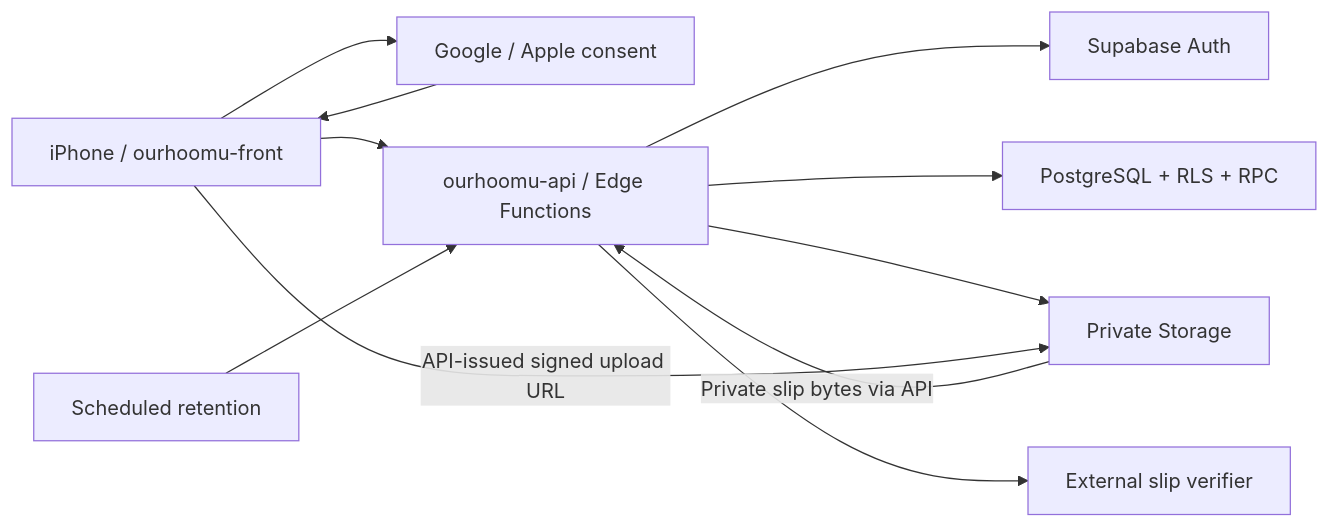
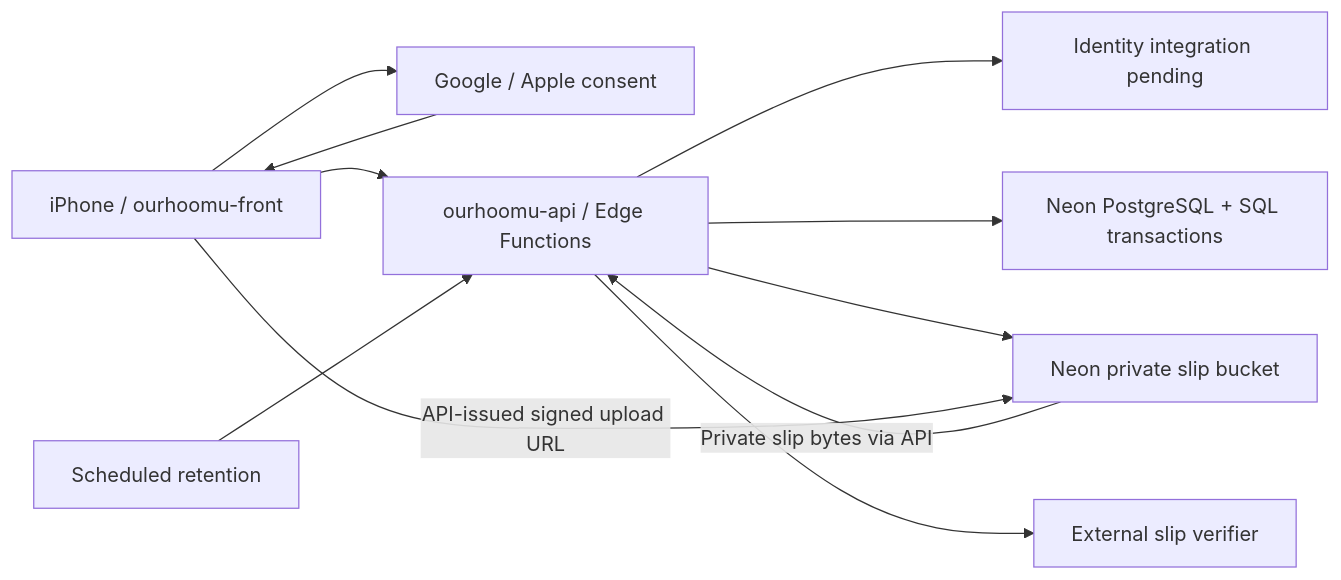
One commit to lomanotfish/ourhoomu changed the diagram in docs/project/architecture.md. Above: the diagram before and after it, drawn with Mermaid. The commit also changed other lines of this file and 23 other files, not shown here.

Commit message:
Set up Neon project and update backend architecture decisions

````diff
--- a/docs/project/architecture.md
+++ b/docs/project/architecture.md
@@ -22,13 +22,13 @@
 ```mermaid
 flowchart LR
   User[iPhone / ourhoomu-front] --> Native[Google / Apple consent]
   Native --> User
   User --> API[ourhoomu-api / Edge Functions]
-  API --> Auth[Supabase Auth]
-  API --> DB[PostgreSQL + RLS + RPC]
-  API --> Store[Private Storage]
+  API --> Auth[Identity integration pending]
+  API --> DB[Neon PostgreSQL + SQL transactions]
+  API --> Store[Neon private slip bucket]
   User -->|API-issued signed upload URL| Store
   Store -->|Private slip bytes via API| API
   API --> Provider[External slip verifier]
   Cron[Scheduled retention] --> API
 ```
````
